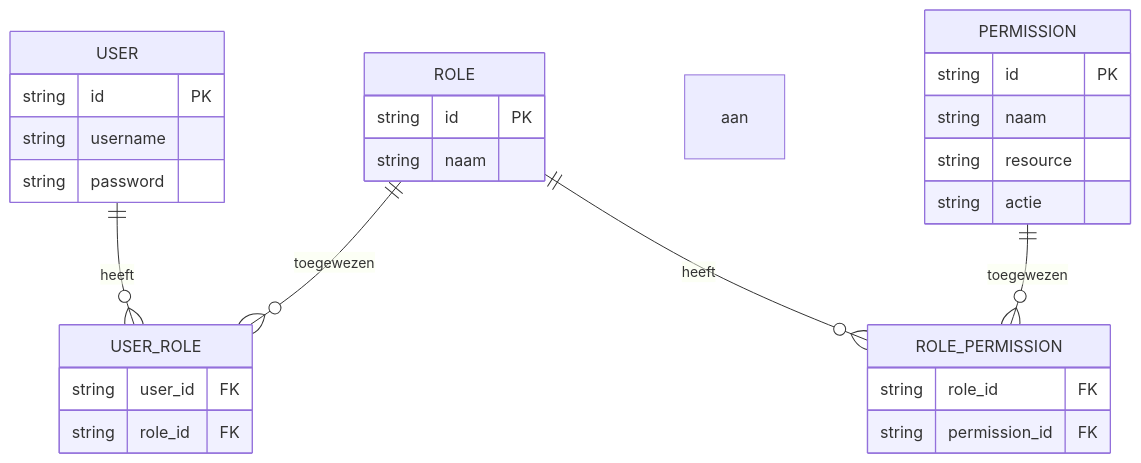
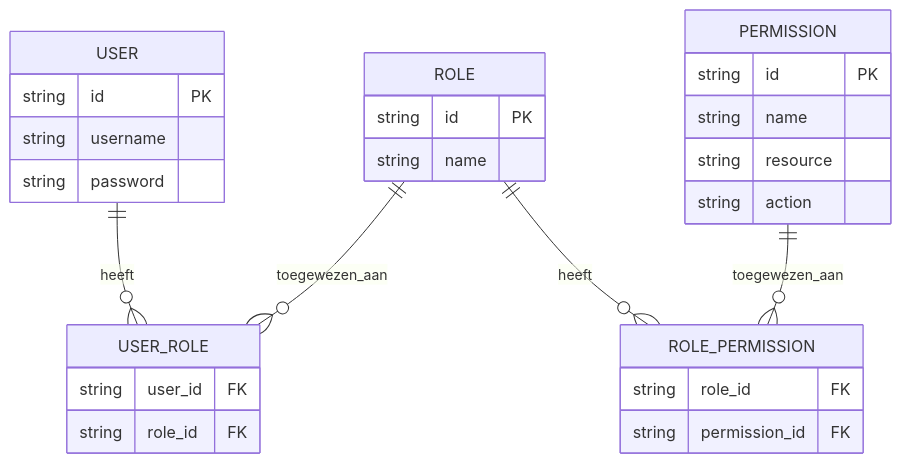
One commit to logto-io/auth-wiki changed the first of 4 diagrams in src/content/terms/nl/rbac.mdx. Above: the diagram before and after it, drawn with Mermaid. The commit also changed other lines of this file and 98 other files, not shown here.

````diff
--- a/src/content/terms/nl/rbac.mdx
+++ b/src/content/terms/nl/rbac.mdx
@@ -38,35 +143,35 @@
 ```mermaid
 erDiagram
   USER ||--o{ USER_ROLE : heeft
-  ROLE ||--o{ USER_ROLE : toegewezen aan
+  ROLE ||--o{ USER_ROLE : toegewezen_aan
   ROLE ||--o{ ROLE_PERMISSION : heeft
-  PERMISSION ||--o{ ROLE_PERMISSION : toegewezen aan
+  PERMISSION ||--o{ ROLE_PERMISSION : toegewezen_aan
 
   USER {
     string id PK
     string username
     string password
   }
 
   ROLE {
     string id PK
-    string naam
+    string name
   }
 
   PERMISSION {
     string id PK
-    string naam
+    string name
     string resource
-    string actie
+    string action
   }
 
   USER_ROLE {
     string user_id FK
     string role_id FK
   }
 
   ROLE_PERMISSION {
     string role_id FK
     string permission_id FK
   }
 ```
````
